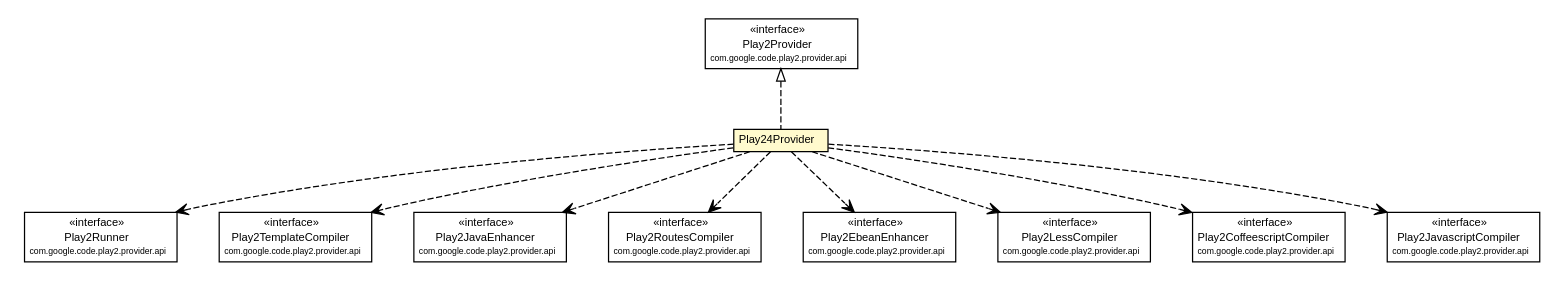
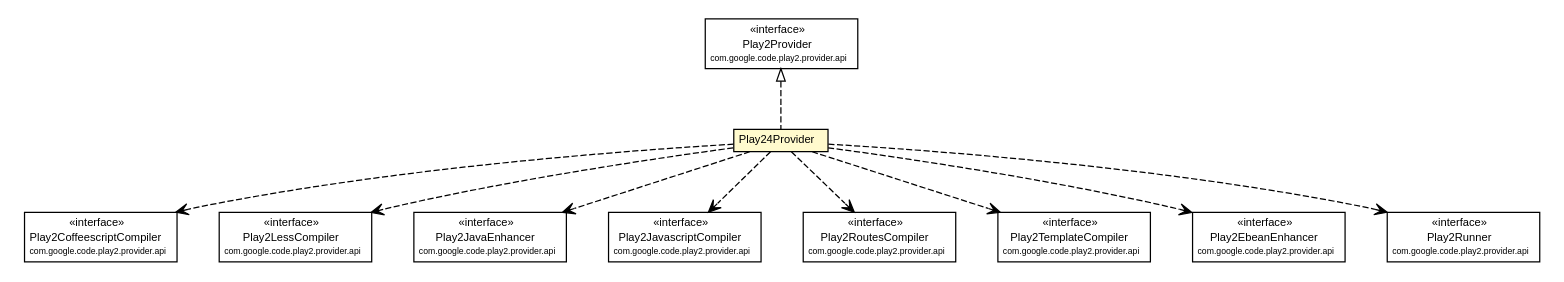
One commit to play2-maven-plugin/play2-maven-plugin.github.io changed the diagram in play2-maven-plugin/1.0.0-beta5-SNAPSHOT/play2-providers/play2-provider-play24/apidocs/com/google/code/play2/provider/play24/Play24Provider.dot. Above: the diagram before and after it, drawn with Graphviz. The commit also changed 309 other files, not shown here.

```diff
--- a/play2-maven-plugin/1.0.0-beta5-SNAPSHOT/play2-providers/play2-provider-play24/apidocs/com/google/code/play2/provider/play24/Play24Provider.dot
+++ b/play2-maven-plugin/1.0.0-beta5-SNAPSHOT/play2-providers/play2-provider-play24/apidocs/com/google/code/play2/provider/play24/Play24Provider.dot
@@ -1,108 +1,108 @@
 #!/usr/local/bin/dot
 #
 # Class diagram 
 # Generated by UMLGraph version R5_6-24-gf6e263 (http://www.umlgraph.org/)
 #
 
 digraph G {
 	edge [fontname="arial",fontsize=10,labelfontname="arial",labelfontsize=10];
 	node [fontname="arial",fontsize=10,shape=plaintext];
 	nodesep=0.25;
 	ranksep=0.5;
 	// com.google.code.play2.provider.play24.Play24Provider
 	c190 [label=<<table title="com.google.code.play2.provider.play24.Play24Provider" border="0" cellborder="1" cellspacing="0" cellpadding="2" port="p" bgcolor="lemonChiffon" href="./Play24Provider.html">
 		<tr><td><table border="0" cellspacing="0" cellpadding="1">
 <tr><td align="center" balign="center"> Play24Provider </td></tr>
 		</table></td></tr>
 		</table>>, URL="./Play24Provider.html", fontname="arial", fontcolor="black", fontsize=9.0];
 	//com.google.code.play2.provider.play24.Play24Provider implements com.google.code.play2.provider.api.Play2Provider
 	c199:p -> c190:p [dir=back,arrowtail=empty,style=dashed];
-	// com.google.code.play2.provider.play24.Play24Provider DEPEND com.google.code.play2.provider.api.Play2Runner
+	// com.google.code.play2.provider.play24.Play24Provider DEPEND com.google.code.play2.provider.api.Play2CoffeescriptCompiler
 	c190:p -> c200:p [taillabel="", label="", headlabel="", fontname="arial", fontcolor="black", fontsize=10.0, color="black", arrowhead=open, style=dashed];
-	// com.google.code.play2.provider.play24.Play24Provider DEPEND com.google.code.play2.provider.api.Play2TemplateCompiler
+	// com.google.code.play2.provider.play24.Play24Provider DEPEND com.google.code.play2.provider.api.Play2LessCompiler
 	c190:p -> c201:p [taillabel="", label="", headlabel="", fontname="arial", fontcolor="black", fontsize=10.0, color="black", arrowhead=open, style=dashed];
 	// com.google.code.play2.provider.play24.Play24Provider DEPEND com.google.code.play2.provider.api.Play2JavaEnhancer
 	c190:p -> c202:p [taillabel="", label="", headlabel="", fontname="arial", fontcolor="black", fontsize=10.0, color="black", arrowhead=open, style=dashed];
+	// com.google.code.play2.provider.play24.Play24Provider DEPEND com.google.code.play2.provider.api.Play2JavascriptCompiler
+	c190:p -> c203:p [taillabel="", label="", headlabel="", fontname="arial", fontcolor="black", fontsize=10.0, color="black", arrowhead=open, style=dashed];
 	// com.google.code.play2.provider.play24.Play24Provider DEPEND com.google.code.play2.provider.api.Play2RoutesCompiler
-	c190:p -> c203:p [taillabel="", label="", headlabel="", fontname="arial", fontcolor="black", fontsize=10.0, color="black", arrowhead=open, style=dashed];
+	c190:p -> c204:p [taillabel="", label="", headlabel="", fontname="arial", fontcolor="black", fontsize=10.0, color="black", arrowhead=open, style=dashed];
+	// com.google.code.play2.provider.play24.Play24Provider DEPEND com.google.code.play2.provider.api.Play2TemplateCompiler
+	c190:p -> c205:p [taillabel="", label="", headlabel="", fontname="arial", fontcolor="black", fontsize=10.0, color="black", arrowhead=open, style=dashed];
 	// com.google.code.play2.provider.play24.Play24Provider DEPEND com.google.code.play2.provider.api.Play2EbeanEnhancer
-	c190:p -> c204:p [taillabel="", label="", headlabel="", fontname="arial", fontcolor="black", fontsize=10.0, color="black", arrowhead=open, style=dashed];
-	// com.google.code.play2.provider.play24.Play24Provider DEPEND com.google.code.play2.provider.api.Play2LessCompiler
-	c190:p -> c205:p [taillabel="", label="", headlabel="", fontname="arial", fontcolor="black", fontsize=10.0, color="black", arrowhead=open, style=dashed];
-	// com.google.code.play2.provider.play24.Play24Provider DEPEND com.google.code.play2.provider.api.Play2CoffeescriptCompiler
 	c190:p -> c206:p [taillabel="", label="", headlabel="", fontname="arial", fontcolor="black", fontsize=10.0, color="black", arrowhead=open, style=dashed];
-	// com.google.code.play2.provider.play24.Play24Provider DEPEND com.google.code.play2.provider.api.Play2JavascriptCompiler
+	// com.google.code.play2.provider.play24.Play24Provider DEPEND com.google.code.play2.provider.api.Play2Runner
 	c190:p -> c207:p [taillabel="", label="", headlabel="", fontname="arial", fontcolor="black", fontsize=10.0, color="black", arrowhead=open, style=dashed];
 	// com.google.code.play2.provider.api.Play2Provider
 	c199 [label=<<table title="com.google.code.play2.provider.api.Play2Provider" border="0" cellborder="1" cellspacing="0" cellpadding="2" port="p">
 		<tr><td><table border="0" cellspacing="0" cellpadding="1">
 <tr><td align="center" balign="center"> &#171;interface&#187; </td></tr>
 <tr><td align="center" balign="center"> Play2Provider </td></tr>
 <tr><td align="center" balign="center"><font point-size="7.0"> com.google.code.play2.provider.api </font></td></tr>
 		</table></td></tr>
 		</table>>, URL="null", fontname="arial", fontcolor="black", fontsize=9.0];
 	// com.google.code.play2.provider.api.Play2RoutesCompiler
-	c203 [label=<<table title="com.google.code.play2.provider.api.Play2RoutesCompiler" border="0" cellborder="1" cellspacing="0" cellpadding="2" port="p">
+	c204 [label=<<table title="com.google.code.play2.provider.api.Play2RoutesCompiler" border="0" cellborder="1" cellspacing="0" cellpadding="2" port="p">
 		<tr><td><table border="0" cellspacing="0" cellpadding="1">
 <tr><td align="center" balign="center"> &#171;interface&#187; </td></tr>
 <tr><td align="center" balign="center"> Play2RoutesCompiler </td></tr>
 <tr><td align="center" balign="center"><font point-size="7.0"> com.google.code.play2.provider.api </font></td></tr>
 		</table></td></tr>
 		</table>>, URL="null", fontname="arial", fontcolor="black", fontsize=9.0];
 	// com.google.code.play2.provider.api.Play2LessCompiler
-	c205 [label=<<table title="com.google.code.play2.provider.api.Play2LessCompiler" border="0" cellborder="1" cellspacing="0" cellpadding="2" port="p">
+	c201 [label=<<table title="com.google.code.play2.provider.api.Play2LessCompiler" border="0" cellborder="1" cellspacing="0" cellpadding="2" port="p">
 		<tr><td><table border="0" cellspacing="0" cellpadding="1">
 <tr><td align="center" balign="center"> &#171;interface&#187; </td></tr>
 <tr><td align="center" balign="center"> Play2LessCompiler </td></tr>
 <tr><td align="center" balign="center"><font point-size="7.0"> com.google.code.play2.provider.api </font></td></tr>
 		</table></td></tr>
 		</table>>, URL="null", fontname="arial", fontcolor="black", fontsize=9.0];
 	// com.google.code.play2.provider.api.Play2TemplateCompiler
-	c201 [label=<<table title="com.google.code.play2.provider.api.Play2TemplateCompiler" border="0" cellborder="1" cellspacing="0" cellpadding="2" port="p">
+	c205 [label=<<table title="com.google.code.play2.provider.api.Play2TemplateCompiler" border="0" cellborder="1" cellspacing="0" cellpadding="2" port="p">
 		<tr><td><table border="0" cellspacing="0" cellpadding="1">
 <tr><td align="center" balign="center"> &#171;interface&#187; </td></tr>
 <tr><td align="center" balign="center"> Play2TemplateCompiler </td></tr>
 <tr><td align="center" balign="center"><font point-size="7.0"> com.google.code.play2.provider.api </font></td></tr>
 		</table></td></tr>
 		</table>>, URL="null", fontname="arial", fontcolor="black", fontsize=9.0];
 	// com.google.code.play2.provider.api.Play2CoffeescriptCompiler
-	c206 [label=<<table title="com.google.code.play2.provider.api.Play2CoffeescriptCompiler" border="0" cellborder="1" cellspacing="0" cellpadding="2" port="p">
+	c200 [label=<<table title="com.google.code.play2.provider.api.Play2CoffeescriptCompiler" border="0" cellborder="1" cellspacing="0" cellpadding="2" port="p">
 		<tr><td><table border="0" cellspacing="0" cellpadding="1">
 <tr><td align="center" balign="center"> &#171;interface&#187; </td></tr>
 <tr><td align="center" balign="center"> Play2CoffeescriptCompiler </td></tr>
 <tr><td align="center" balign="center"><font point-size="7.0"> com.google.code.play2.provider.api </font></td></tr>
 		</table></td></tr>
 		</table>>, URL="null", fontname="arial", fontcolor="black", fontsize=9.0];
 	// com.google.code.play2.provider.api.Play2EbeanEnhancer
-	c204 [label=<<table title="com.google.code.play2.provider.api.Play2EbeanEnhancer" border="0" cellborder="1" cellspacing="0" cellpadding="2" port="p">
+	c206 [label=<<table title="com.google.code.play2.provider.api.Play2EbeanEnhancer" border="0" cellborder="1" cellspacing="0" cellpadding="2" port="p">
 		<tr><td><table border="0" cellspacing="0" cellpadding="1">
 <tr><td align="center" balign="center"> &#171;interface&#187; </td></tr>
 <tr><td align="center" balign="center"> Play2EbeanEnhancer </td></tr>
 <tr><td align="center" balign="center"><font point-size="7.0"> com.google.code.play2.provider.api </font></td></tr>
 		</table></td></tr>
 		</table>>, URL="null", fontname="arial", fontcolor="black", fontsize=9.0];
 	// com.google.code.play2.provider.api.Play2JavascriptCompiler
-	c207 [label=<<table title="com.google.code.play2.provider.api.Play2JavascriptCompiler" border="0" cellborder="1" cellspacing="0" cellpadding="2" port="p">
+	c203 [label=<<table title="com.google.code.play2.provider.api.Play2JavascriptCompiler" border="0" cellborder="1" cellspacing="0" cellpadding="2" port="p">
 		<tr><td><table border="0" cellspacing="0" cellpadding="1">
 <tr><td align="center" balign="center"> &#171;interface&#187; </td></tr>
 <tr><td align="center" balign="center"> Play2JavascriptCompiler </td></tr>
 <tr><td align="center" balign="center"><font point-size="7.0"> com.google.code.play2.provider.api </font></td></tr>
 		</table></td></tr>
 		</table>>, URL="null", fontname="arial", fontcolor="black", fontsize=9.0];
 	// com.google.code.play2.provider.api.Play2JavaEnhancer
 	c202 [label=<<table title="com.google.code.play2.provider.api.Play2JavaEnhancer" border="0" cellborder="1" cellspacing="0" cellpadding="2" port="p">
 		<tr><td><table border="0" cellspacing="0" cellpadding="1">
 <tr><td align="center" balign="center"> &#171;interface&#187; </td></tr>
 <tr><td align="center" balign="center"> Play2JavaEnhancer </td></tr>
 <tr><td align="center" balign="center"><font point-size="7.0"> com.google.code.play2.provider.api </font></td></tr>
 		</table></td></tr>
 		</table>>, URL="null", fontname="arial", fontcolor="black", fontsize=9.0];
 	// com.google.code.play2.provider.api.Play2Runner
-	c200 [label=<<table title="com.google.code.play2.provider.api.Play2Runner" border="0" cellborder="1" cellspacing="0" cellpadding="2" port="p">
+	c207 [label=<<table title="com.google.code.play2.provider.api.Play2Runner" border="0" cellborder="1" cellspacing="0" cellpadding="2" port="p">
 		<tr><td><table border="0" cellspacing="0" cellpadding="1">
 <tr><td align="center" balign="center"> &#171;interface&#187; </td></tr>
 <tr><td align="center" balign="center"> Play2Runner </td></tr>
 <tr><td align="center" balign="center"><font point-size="7.0"> com.google.code.play2.provider.api </font></td></tr>
 		</table></td></tr>
 		</table>>, URL="null", fontname="arial", fontcolor="black", fontsize=9.0];
 }
```
